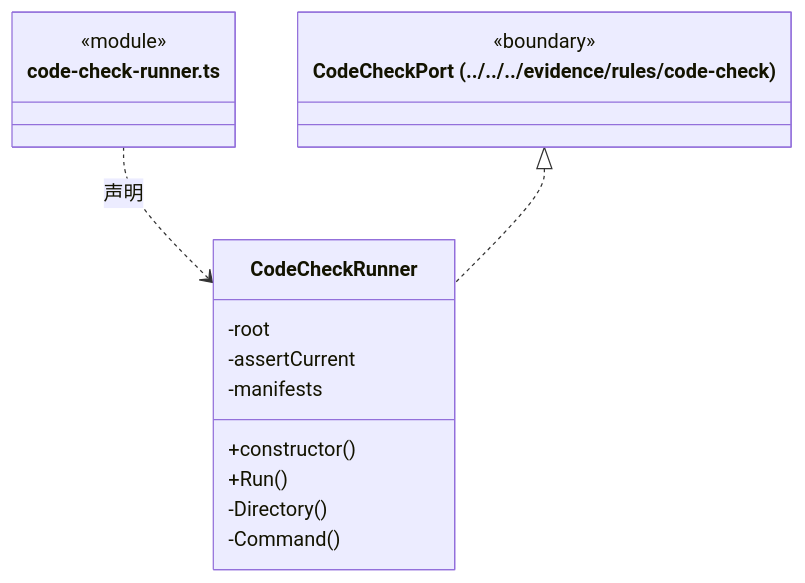
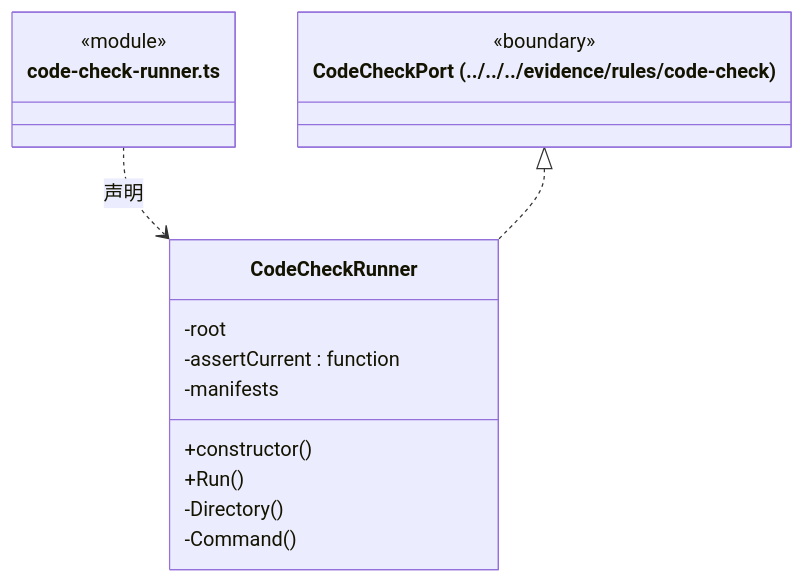
One commit to nan023062/cbim changed the third of 14 diagrams in src/logic/file-operations/platform/files/ARCHITECTURE.md. Above: the diagram before and after it, drawn with Mermaid. The commit also changed other lines of this file and 137 other files, not shown here.

Commit message:
fix: align architecture generator with documentation standards

````diff
--- a/src/logic/file-operations/platform/files/ARCHITECTURE.md
+++ b/src/logic/file-operations/platform/files/ARCHITECTURE.md
@@ -96,20 +100,20 @@
 ```mermaid
 classDiagram
 class N_src_logic_file_operations_platform_files_code_check_runner_ts["code-check-runner.ts"] {
   <<module>>
 }
 class N_src_logic_file_operations_platform_files_code_check_runner_ts_CodeCheckRunner["CodeCheckRunner"] {
   +constructor()
   +Run()
   -root
-  -assertCurrent
+  -assertCurrent : function
   -manifests
   -Directory()
   -Command()
 }
 N_src_logic_file_operations_platform_files_code_check_runner_ts ..> N_src_logic_file_operations_platform_files_code_check_runner_ts_CodeCheckRunner : 声明
 class N_src_logic_file_operations_platform_files_code_check_runner_ts_external_CodeCheckPort["CodeCheckPort (../../../evidence/rules/code-check)"] {
   <<boundary>>
 }
 N_src_logic_file_operations_platform_files_code_check_runner_ts_external_CodeCheckPort <|.. N_src_logic_file_operations_platform_files_code_check_runner_ts_CodeCheckRunner
 ```
````
